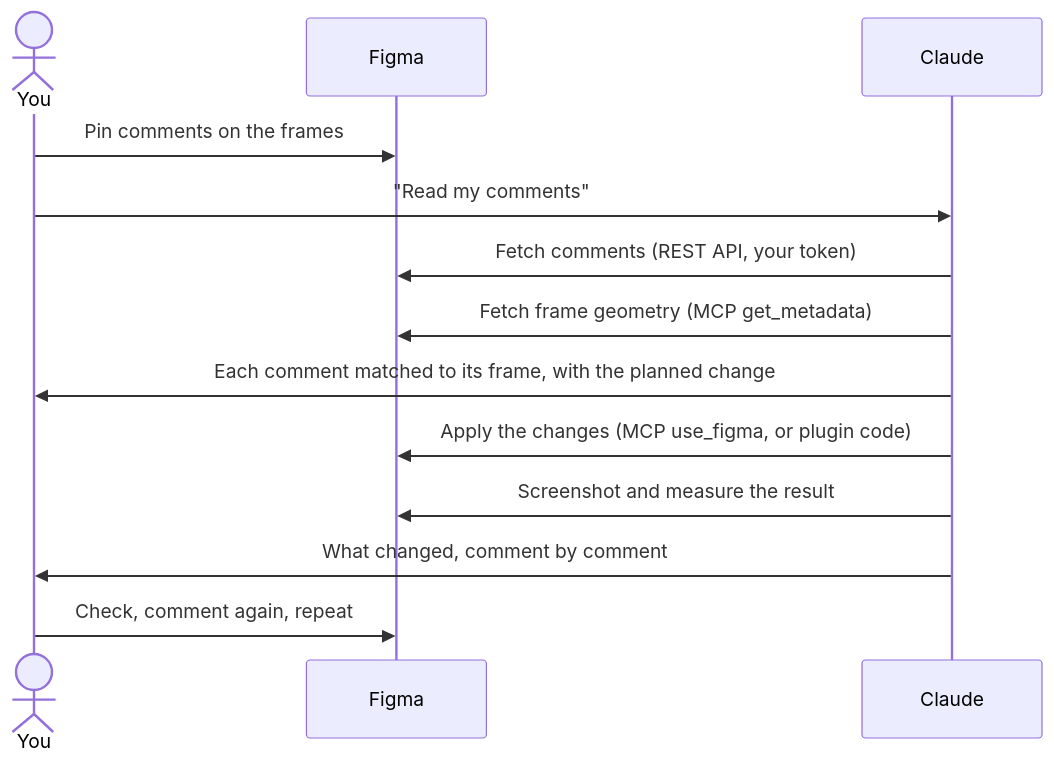
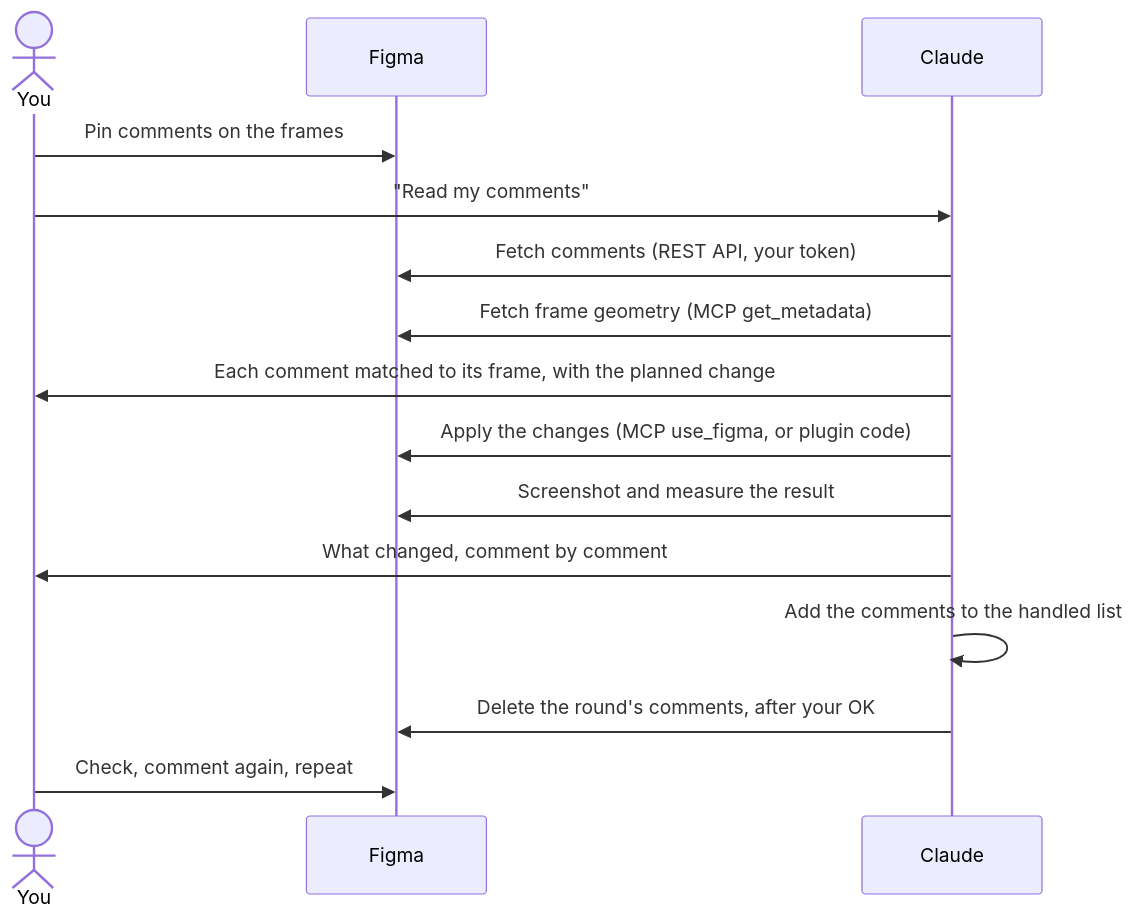
Before and after one commit to ABarracu87/figma-build-skill: the diagram in README.md, drawn with Mermaid. The commit also changed other lines of this file and 1 other file, not shown here.

Commit message:
Stop re-reading old Figma comments: handled ledger and confirmed deletion

````diff
--- a/README.md
+++ b/README.md
@@ -48,15 +48,17 @@
 ```mermaid
 sequenceDiagram
     actor You
     participant Figma
     participant Claude
     You->>Figma: Pin comments on the frames
     You->>Claude: "Read my comments"
     Claude->>Figma: Fetch comments (REST API, your token)
     Claude->>Figma: Fetch frame geometry (MCP get_metadata)
     Claude->>You: Each comment matched to its frame, with the planned change
     Claude->>Figma: Apply the changes (MCP use_figma, or plugin code)
     Claude->>Figma: Screenshot and measure the result
     Claude->>You: What changed, comment by comment
+    Claude->>Claude: Add the comments to the handled list
+    Claude->>Figma: Delete the round's comments, after your OK
     You->>Figma: Check, comment again, repeat
 ```
````
